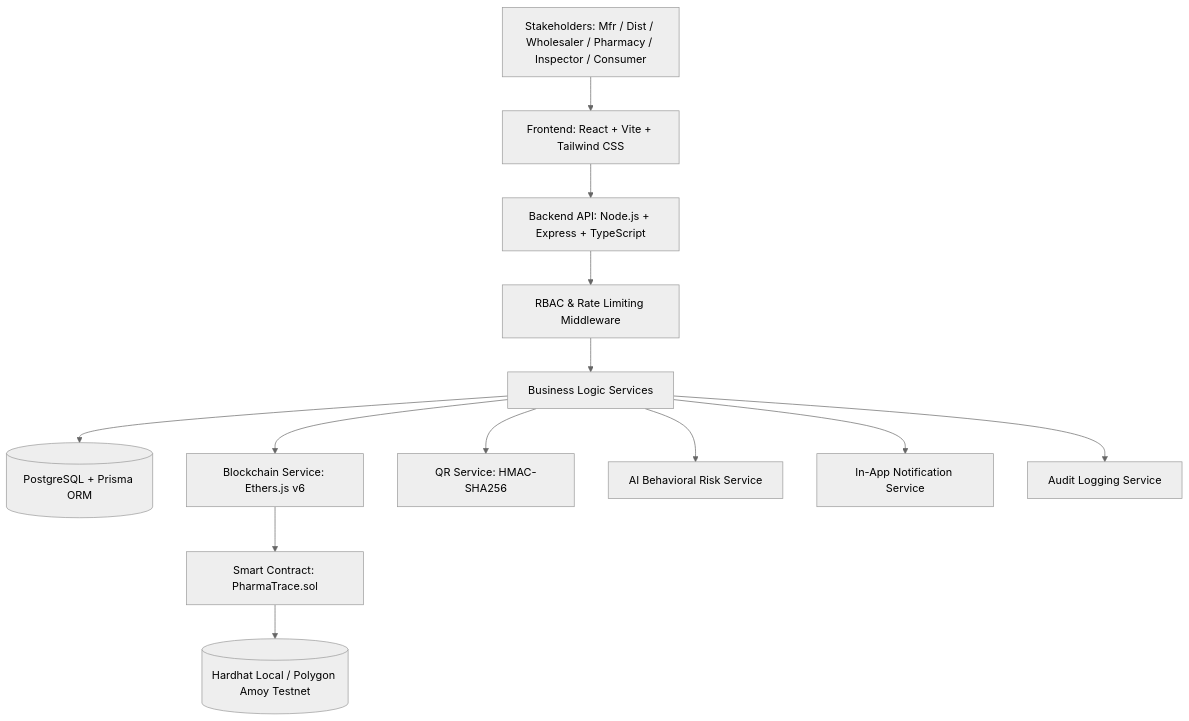
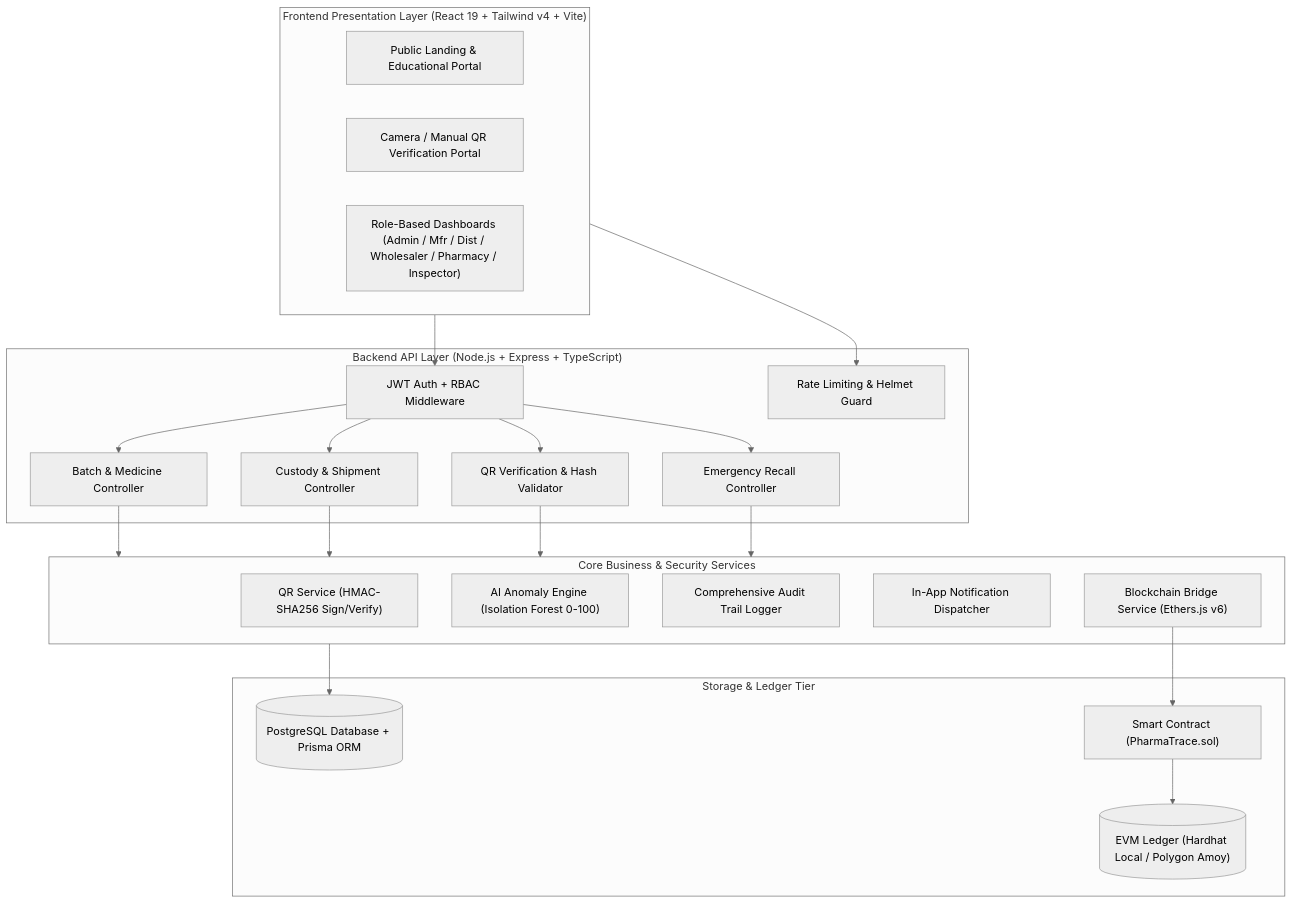
The third of 5 diagrams in README.md (Vishaltupe09/PharmaTrace_SIH_Internal), drawn with Mermaid (neutral theme) before and after one commit. The commit also changed other lines of this file, not shown here.

Commit message:
docs: update comprehensive README for SIH26194 problem statement and implementation

````diff
--- a/README.md
+++ b/README.md
@@ -23,15 +134,37 @@
 ```mermaid
 flowchart TD
-    U[Stakeholders: Mfr / Dist / Wholesaler / Pharmacy / Inspector / Consumer] --> FE[Frontend: React + Vite + Tailwind CSS]
-    FE --> API[Backend API: Node.js + Express + TypeScript]
-    API --> AUTH[RBAC & Rate Limiting Middleware]
-    AUTH --> BL[Business Logic Services]
-    BL --> DB[(PostgreSQL + Prisma ORM)]
-    BL --> BS[Blockchain Service: Ethers.js v6]
-    BS --> SC[Smart Contract: PharmaTrace.sol]
-    SC --> CHAIN[(Hardhat Local / Polygon Amoy Testnet)]
-    BL --> QR[QR Service: HMAC-SHA256]
-    BL --> AI[AI Behavioral Risk Service]
-    BL --> NOTIF[In-App Notification Service]
-    BL --> AUD[Audit Logging Service]
+    subgraph UI["Frontend Presentation Layer (React 19 + Tailwind v4 + Vite)"]
+        Landing["Public Landing & Educational Portal"]
+        PublicScan["Camera / Manual QR Verification Portal"]
+        Cockpits["Role-Based Dashboards (Admin / Mfr / Dist / Wholesaler / Pharmacy / Inspector)"]
+    end
+
+    subgraph API["Backend API Layer (Node.js + Express + TypeScript)"]
+        AuthMid["JWT Auth + RBAC Middleware"]
+        RateLim["Rate Limiting & Helmet Guard"]
+        BatchCtrl["Batch & Medicine Controller"]
+        CustodyCtrl["Custody & Shipment Controller"]
+        VerifyCtrl["QR Verification & Hash Validator"]
+        RecallCtrl["Emergency Recall Controller"]
+    end
+
+    subgraph CoreServices["Core Business & Security Services"]
+        QREngine["QR Service (HMAC-SHA256 Sign/Verify)"]
+        AIRisk["AI Anomaly Engine (Isolation Forest 0-100)"]
+        AuditSvc["Comprehensive Audit Trail Logger"]
+        NotifSvc["In-App Notification Dispatcher"]
+        BlockSvc["Blockchain Bridge Service (Ethers.js v6)"]
+    end
+
+    subgraph Storage["Storage & Ledger Tier"]
+        DB[(PostgreSQL Database + Prisma ORM)]
+        SC["Smart Contract (PharmaTrace.sol)"]
+        EVM[("EVM Ledger (Hardhat Local / Polygon Amoy)")]
+    end
+
+    UI --> AuthMid & RateLim
+    AuthMid --> BatchCtrl & CustodyCtrl & VerifyCtrl & RecallCtrl
+    BatchCtrl & CustodyCtrl & VerifyCtrl & RecallCtrl --> CoreServices
+    CoreServices --> DB
+    BlockSvc --> SC --> EVM
 ```
````
